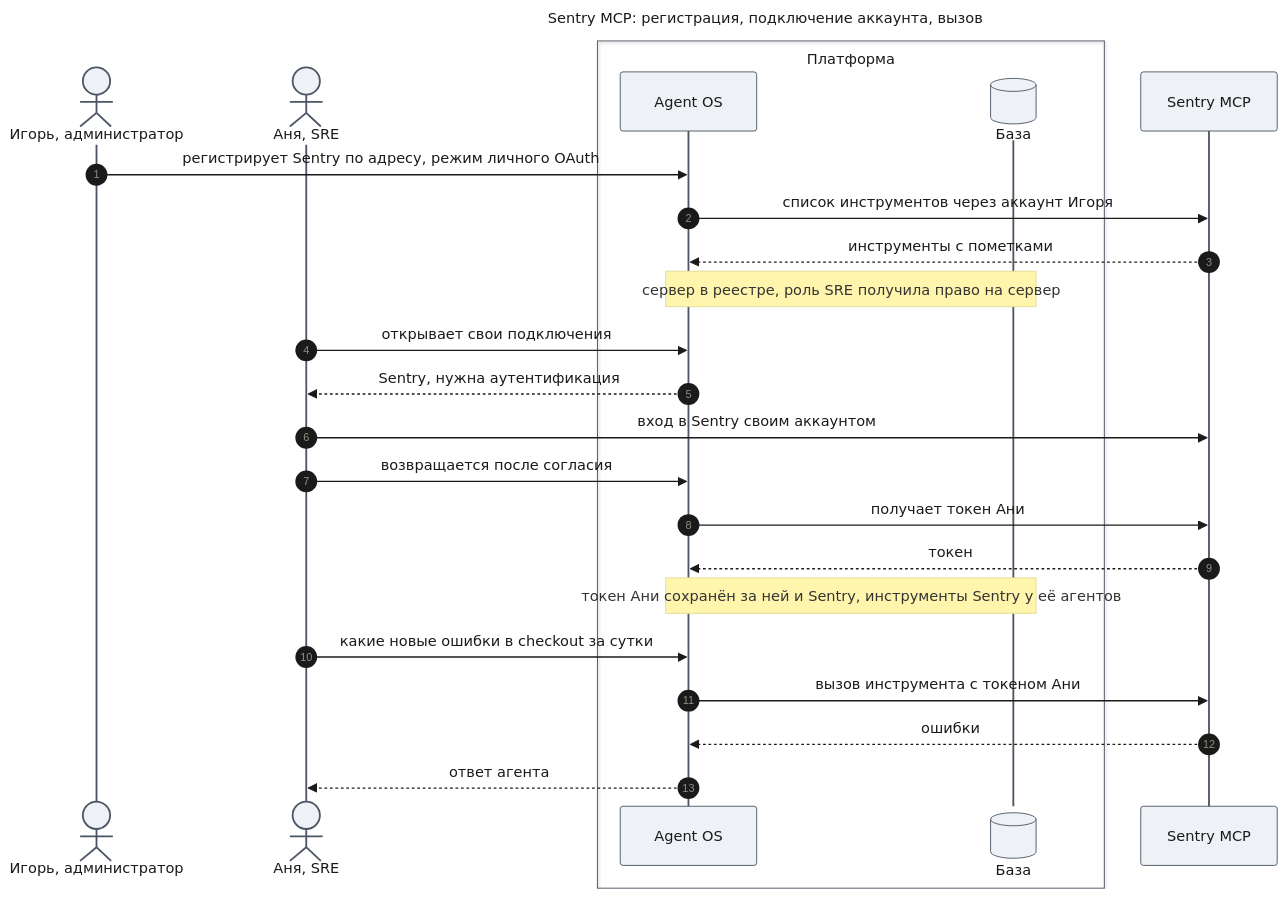
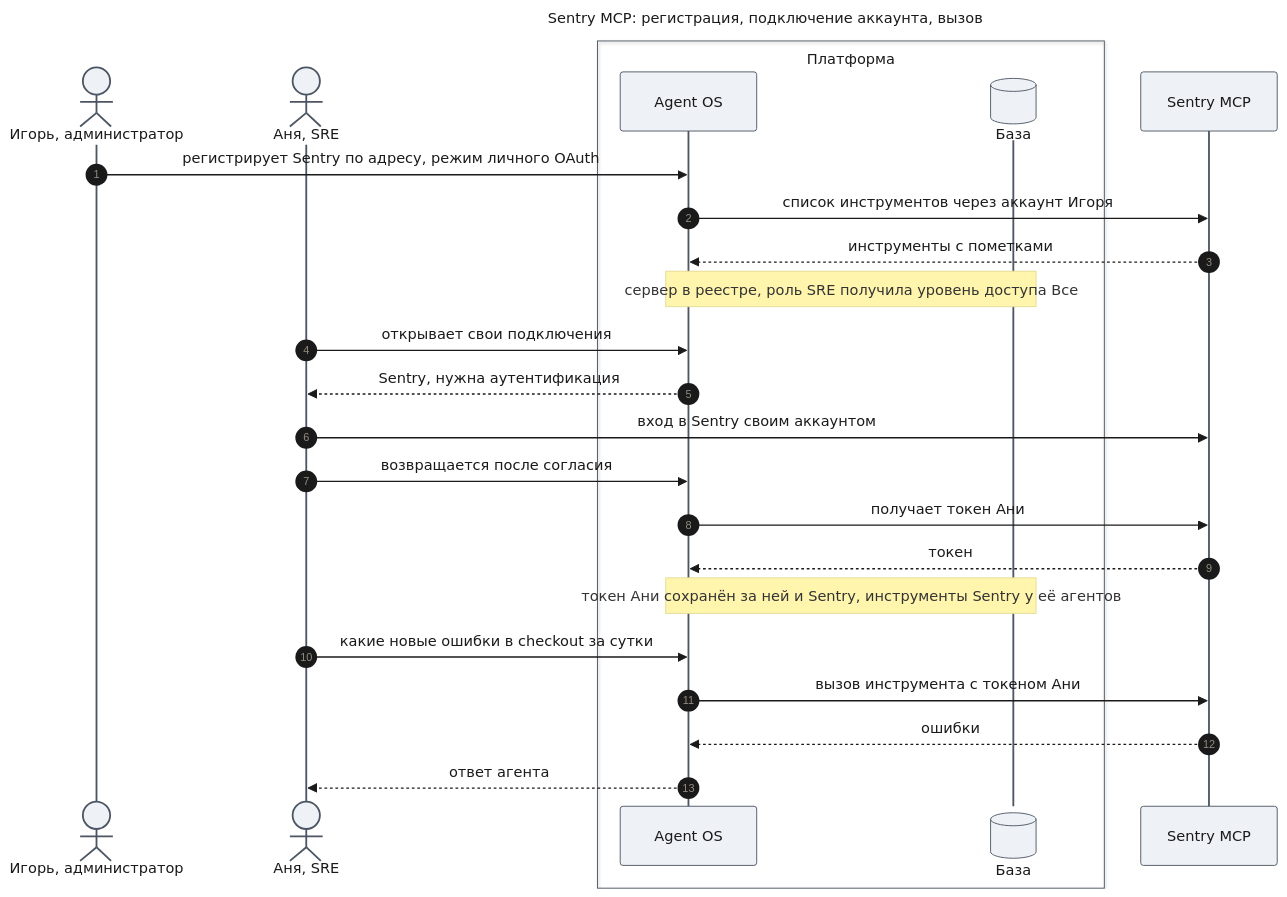
The fifth of 7 diagrams in docs/features/enterprise-access/prd.md (tundraray/agent-os), drawn with Mermaid before and after one commit. The commit also changed other lines of this file and 264 other files, not shown here.

````diff
--- a/docs/features/enterprise-access/prd.md
+++ b/docs/features/enterprise-access/prd.md
@@ -218,53 +271,53 @@
 ```mermaid
 ---
 title: "Sentry MCP: регистрация, подключение аккаунта, вызов"
 config:
   theme: base
   look: classic
   themeVariables:
     primaryColor: "#eef1f5"
     primaryBorderColor: "#4b5563"
     primaryTextColor: "#1a1a1a"
     lineColor: "#6b7280"
   themeCSS: |
     @keyframes lit_sn{0%,6.92%{stroke:#991b1b;stroke-width:6px}7.69%,100%{stroke:#37474f;stroke-width:2px}}
     @keyframes litr_sn{0%,6.92%{stroke:#1d4ed8;stroke-width:6px}7.69%,100%{stroke:#37474f;stroke-width:2px}}
     .messageLine0[data-id='i1'],.messageLine1[data-id='i1']{animation:lit_sn 15.6s linear 0s infinite}
     .messageLine0[data-id='i2'],.messageLine1[data-id='i2']{animation:lit_sn 15.6s linear 1.2s infinite}
     .messageLine0[data-id='i3'],.messageLine1[data-id='i3']{animation:litr_sn 15.6s linear 2.4s infinite}
     .messageLine0[data-id='i5'],.messageLine1[data-id='i5']{animation:lit_sn 15.6s linear 3.6s infinite}
     .messageLine0[data-id='i6'],.messageLine1[data-id='i6']{animation:litr_sn 15.6s linear 4.8s infinite}
     .messageLine0[data-id='i7'],.messageLine1[data-id='i7']{animation:lit_sn 15.6s linear 6s infinite}
     .messageLine0[data-id='i8'],.messageLine1[data-id='i8']{animation:lit_sn 15.6s linear 7.2s infinite}
     .messageLine0[data-id='i9'],.messageLine1[data-id='i9']{animation:lit_sn 15.6s linear 8.4s infinite}
     .messageLine0[data-id='i10'],.messageLine1[data-id='i10']{animation:litr_sn 15.6s linear 9.6s infinite}
     .messageLine0[data-id='i12'],.messageLine1[data-id='i12']{animation:lit_sn 15.6s linear 10.8s infinite}
     .messageLine0[data-id='i13'],.messageLine1[data-id='i13']{animation:lit_sn 15.6s linear 12s infinite}
     .messageLine0[data-id='i14'],.messageLine1[data-id='i14']{animation:litr_sn 15.6s linear 13.2s infinite}
     .messageLine0[data-id='i15'],.messageLine1[data-id='i15']{animation:litr_sn 15.6s linear 14.4s infinite}
 ---
 sequenceDiagram
     autonumber
     actor A as Игорь, администратор
     actor U as Аня, SRE
     box Платформа
     participant P as Agent OS
     participant DB@{ "type": "database" } as База
     end
     participant M as Sentry MCP
     A->>P: регистрирует Sentry по адресу, режим личного OAuth
     P->>M: список инструментов через аккаунт Игоря
     M-->>P: инструменты с пометками
-    Note over P,DB: сервер в реестре, роль SRE получила право на сервер
+    Note over P,DB: сервер в реестре, роль SRE получила уровень доступа Все
     U->>P: открывает свои подключения
     P-->>U: Sentry, нужна аутентификация
     U->>M: вход в Sentry своим аккаунтом
     U->>P: возвращается после согласия
     P->>M: получает токен Ани
     M-->>P: токен
     Note over P,DB: токен Ани сохранён за ней и Sentry, инструменты Sentry у её агентов
     U->>P: какие новые ошибки в checkout за сутки
     P->>M: вызов инструмента с токеном Ани
     M-->>P: ошибки
     P-->>U: ответ агента
 ```
````
